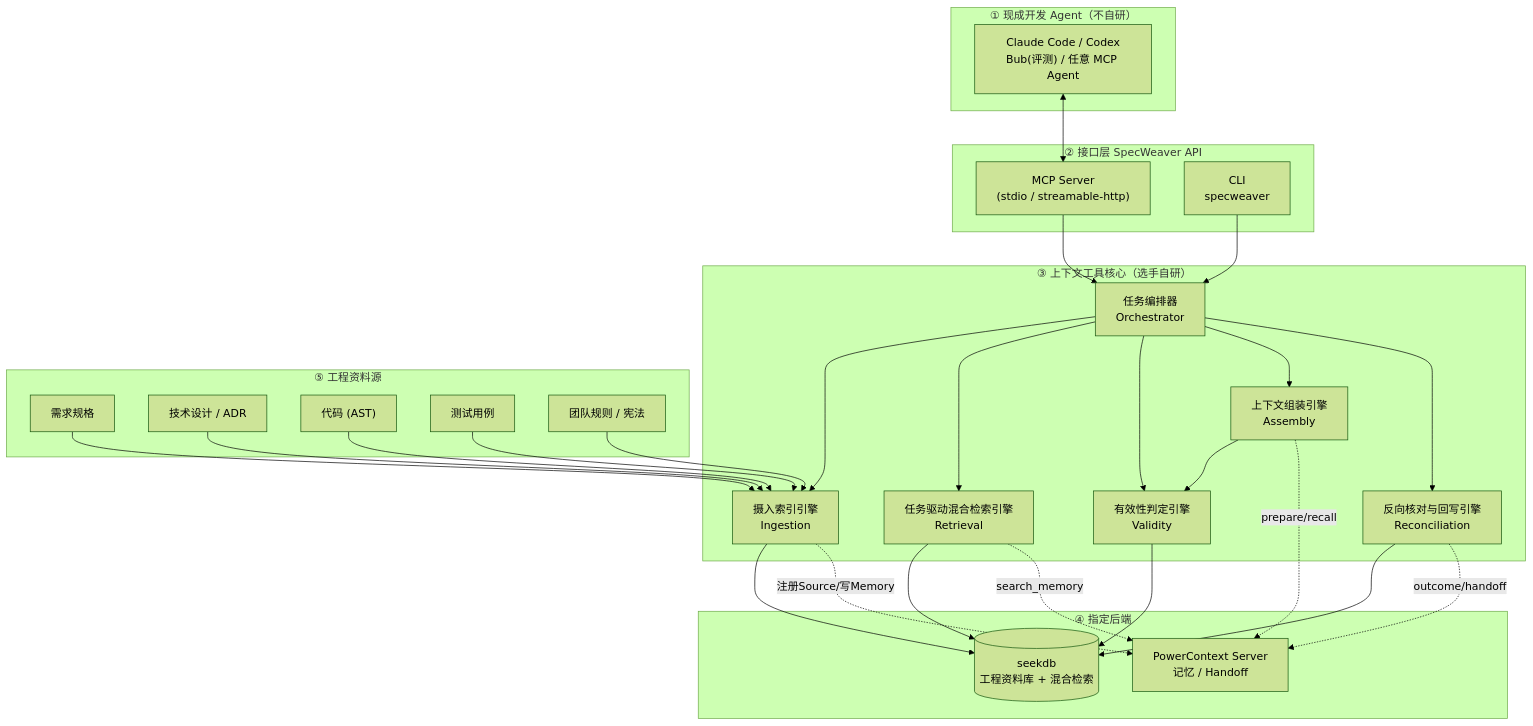
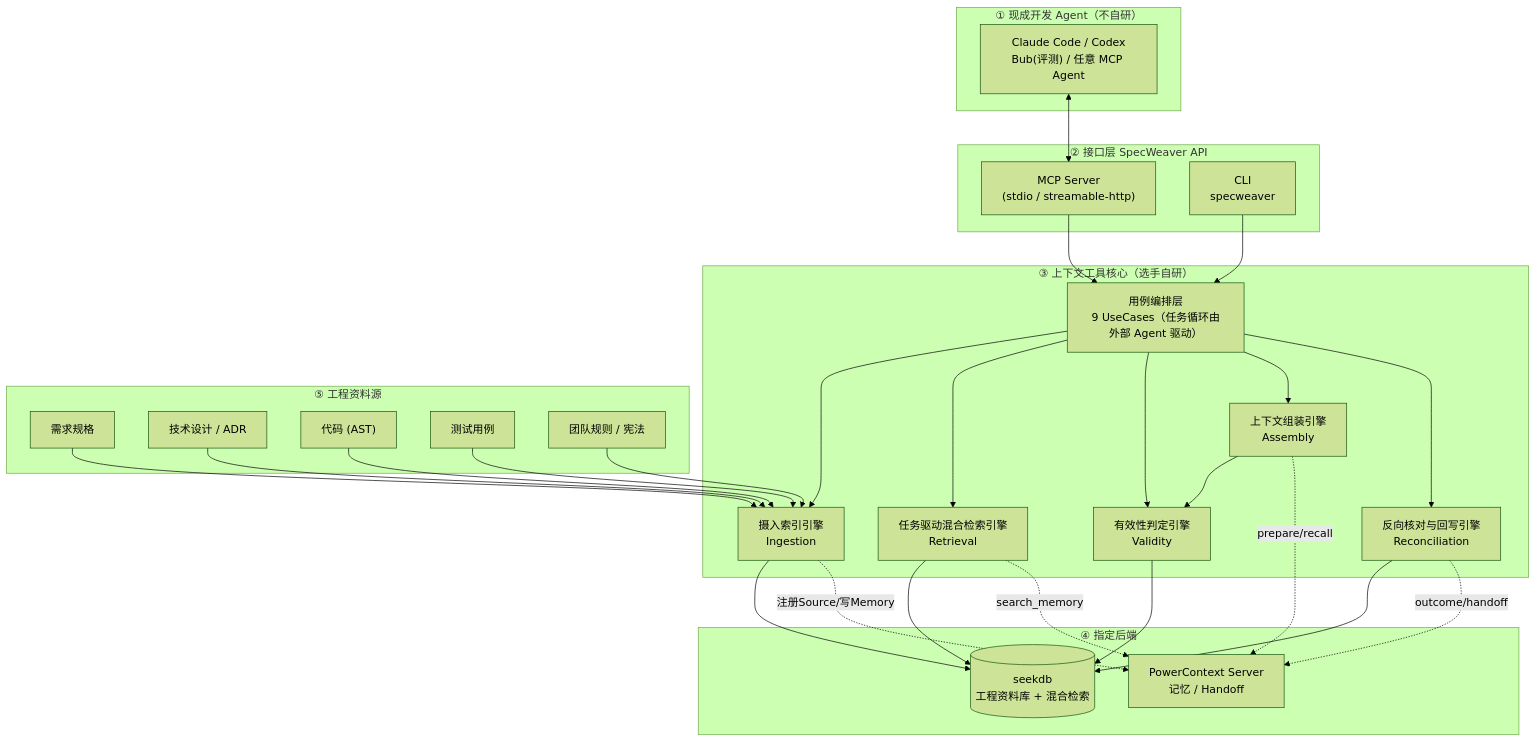
The first of 8 diagrams in docs/01-架构设计说明书.md (simpur-dev/SDD), drawn with Mermaid (forest theme) before and after one commit. The commit also changed other lines of this file and 1 other file, not shown here.

First line of the commit message:
docs: extend the architecture for brief v0.4 targets and evaluation protocol

````diff
--- a/docs/01-架构设计说明书.md
+++ b/docs/01-架构设计说明书.md
@@ -129,48 +186,48 @@
 ```mermaid
 flowchart TB
     subgraph AGENT["① 现成开发 Agent（不自研）"]
         A1["Claude Code / Codex<br/>Bub(评测) / 任意 MCP Agent"]
     end
 
     subgraph IF["② 接口层 SpecWeaver API"]
         MCP["MCP Server<br/>(stdio / streamable-http)"]
         CLI["CLI<br/>specweaver"]
     end
 
     subgraph CORE["③ 上下文工具核心（选手自研）"]
         ING["摄入索引引擎<br/>Ingestion"]
         RET["任务驱动混合检索引擎<br/>Retrieval"]
         VAL["有效性判定引擎<br/>Validity"]
         ASM["上下文组装引擎<br/>Assembly"]
         REC["反向核对与回写引擎<br/>Reconciliation"]
-        ORCH["任务编排器<br/>Orchestrator"]
+        ORCH["用例编排层<br/>9 UseCases（任务循环由外部 Agent 驱动）"]
     end
 
     subgraph BACK["④ 指定后端"]
         SEEK[("seekdb<br/>工程资料库 + 混合检索")]
         PC["PowerContext Server<br/>记忆 / Handoff"]
     end
 
     subgraph SRC["⑤ 工程资料源"]
         S1["需求规格"]
         S2["技术设计 / ADR"]
         S3["代码 (AST)"]
         S4["测试用例"]
         S5["团队规则 / 宪法"]
     end
 
     A1 <--> MCP
     CLI --> ORCH
     MCP --> ORCH
     ORCH --> ING & RET & VAL & ASM & REC
     S1 & S2 & S3 & S4 & S5 --> ING
     ING --> SEEK
     RET --> SEEK
     REC --> SEEK
     ASM --> VAL
     VAL --> SEEK
     ING -. 注册Source/写Memory .-> PC
     ASM -. prepare/recall .-> PC
     REC -. outcome/handoff .-> PC
     RET -. search_memory .-> PC
 ```
````
